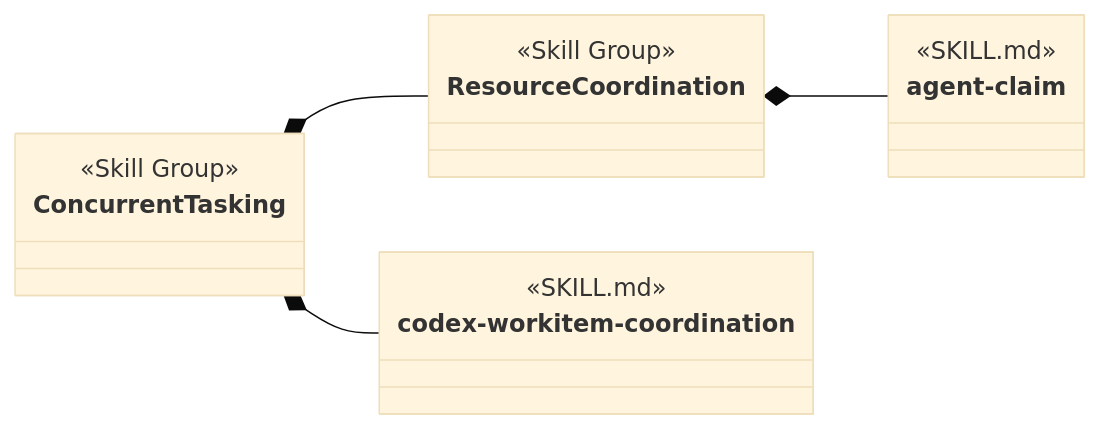
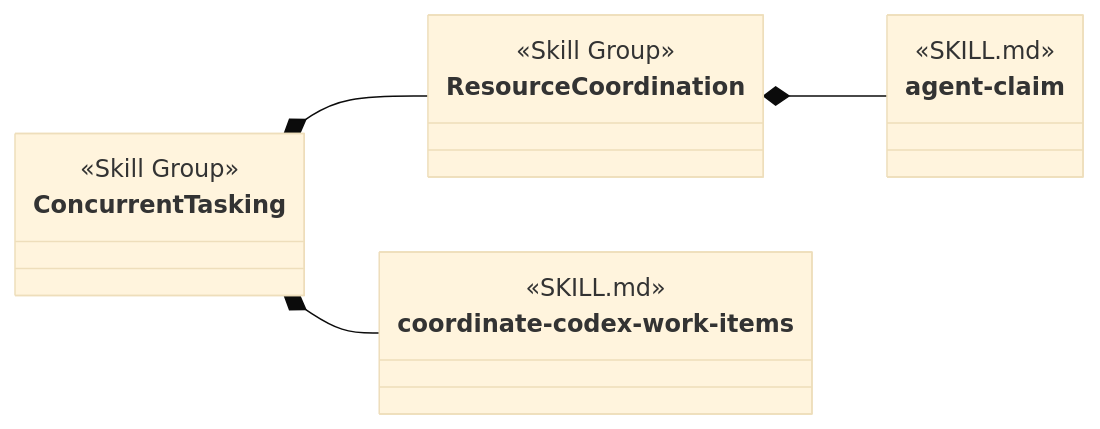
One commit to martinbechard/dev-methodology changed the tenth of 16 diagrams in design/object-oriented-agent-and-skill-model.md. Above: the diagram before and after it, drawn with Mermaid (base theme). The commit also changed other lines of this file and 10 other files, not shown here.

````diff
--- a/design/object-oriented-agent-and-skill-model.md
+++ b/design/object-oriented-agent-and-skill-model.md
@@ -456,24 +456,24 @@
 ```mermaid
 classDiagram
     direction LR
 
     class ConcurrentTasking {
         <<Skill Group>>
     }
 
     class ResourceCoordination {
         <<Skill Group>>
     }
 
-    class codex-workitem-coordination {
+    class coordinate-codex-work-items {
         <<SKILL.md>>
     }
 
     class agent-claim {
         <<SKILL.md>>
     }
 
-    ConcurrentTasking *-- codex-workitem-coordination
+    ConcurrentTasking *-- coordinate-codex-work-items
     ConcurrentTasking *-- ResourceCoordination
     ResourceCoordination *-- agent-claim
 ```
````
